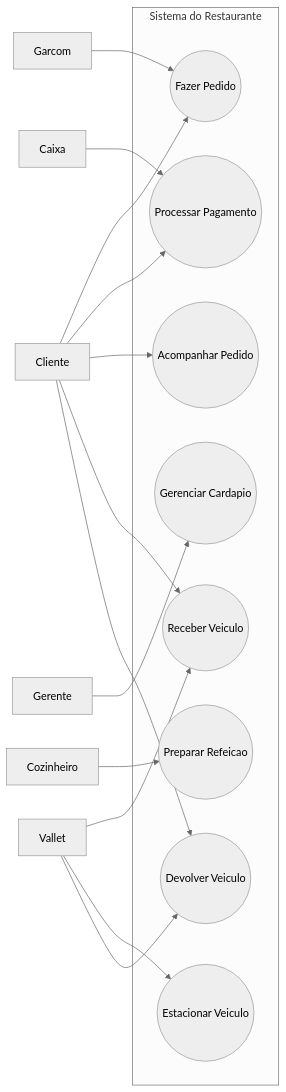
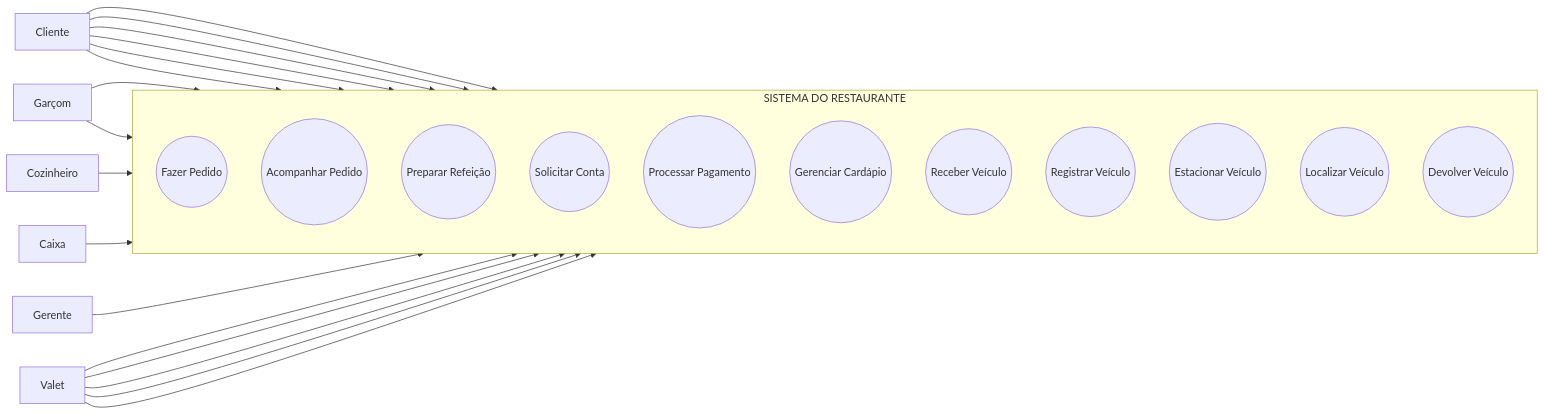
One commit to SyntaxKills/diagramas changed the diagram in uso.mmd. Above: the diagram before and after it, drawn with Mermaid.

```diff
--- a/uso.mmd
+++ b/uso.mmd
@@ -1,31 +1,46 @@
-%%{init: {"theme":"neutral"}}%%
-graph LR
+flowchart LR
 
-    subgraph Sistema["Sistema do Restaurante"]
-        UC1((Fazer Pedido))
-        UC2((Processar Pagamento))
-        UC3((Acompanhar Pedido))
-        UC4((Gerenciar Cardapio))
-        UC5((Preparar Refeicao))
-        UC6((Receber Veiculo))
-        UC7((Estacionar Veiculo))
-        UC8((Devolver Veiculo))
+    Cliente["Cliente"]
+    Garcom["Garçom"]
+    Cozinheiro["Cozinheiro"]
+    Caixa["Caixa"]
+    Gerente["Gerente"]
+    Valet["Valet"]
+
+    subgraph Sistema["SISTEMA DO RESTAURANTE"]
+        direction TB
+
+        UC1(("Fazer Pedido"))
+        UC2(("Acompanhar Pedido"))
+        UC3(("Preparar Refeição"))
+        UC4(("Solicitar Conta"))
+        UC5(("Processar Pagamento"))
+        UC6(("Gerenciar Cardápio"))
+        UC7(("Receber Veículo"))
+        UC8(("Registrar Veículo"))
+        UC9(("Estacionar Veículo"))
+        UC10(("Localizar Veículo"))
+        UC11(("Devolver Veículo"))
     end
 
-    Cliente[Cliente] --> UC1
+    Cliente --> UC1
     Cliente --> UC2
-    Cliente --> UC3
-    Cliente --> UC6
-    Cliente --> UC8
+    Cliente --> UC4
+    Cliente --> UC5
+    Cliente --> UC7
+    Cliente --> UC11
 
-    Garcom[Garcom] --> UC1
+    Garcom --> UC1
+    Garcom --> UC4
 
-    Cozinheiro[Cozinheiro] --> UC5
+    Cozinheiro --> UC3
 
-    Caixa[Caixa] --> UC2
+    Caixa --> UC5
 
-    Gerente[Gerente] --> UC4
+    Gerente --> UC6
 
-    Vallet[Vallet] --> UC6
-    Vallet --> UC7
-    Vallet --> UC8
+    Valet --> UC7
+    Valet --> UC8
+    Valet --> UC9
+    Valet --> UC10
+    Valet --> UC11
```
